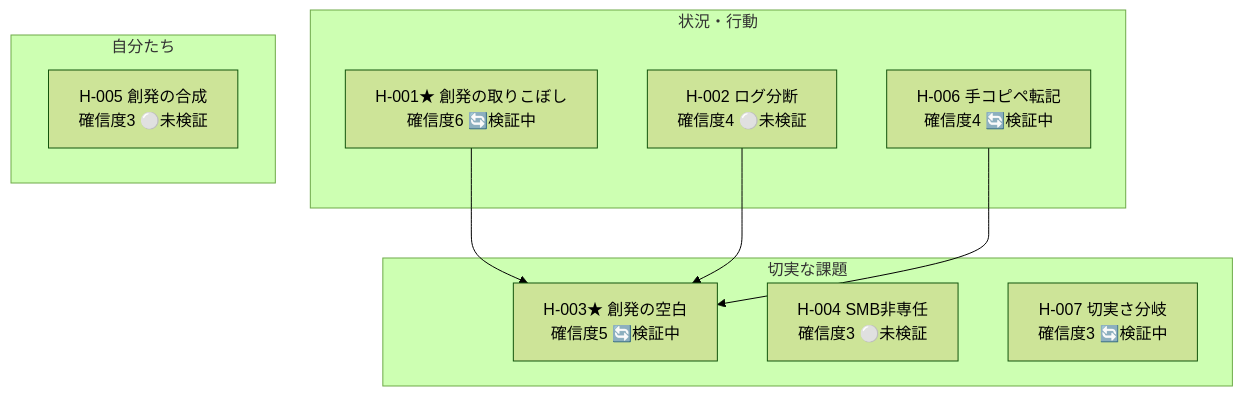
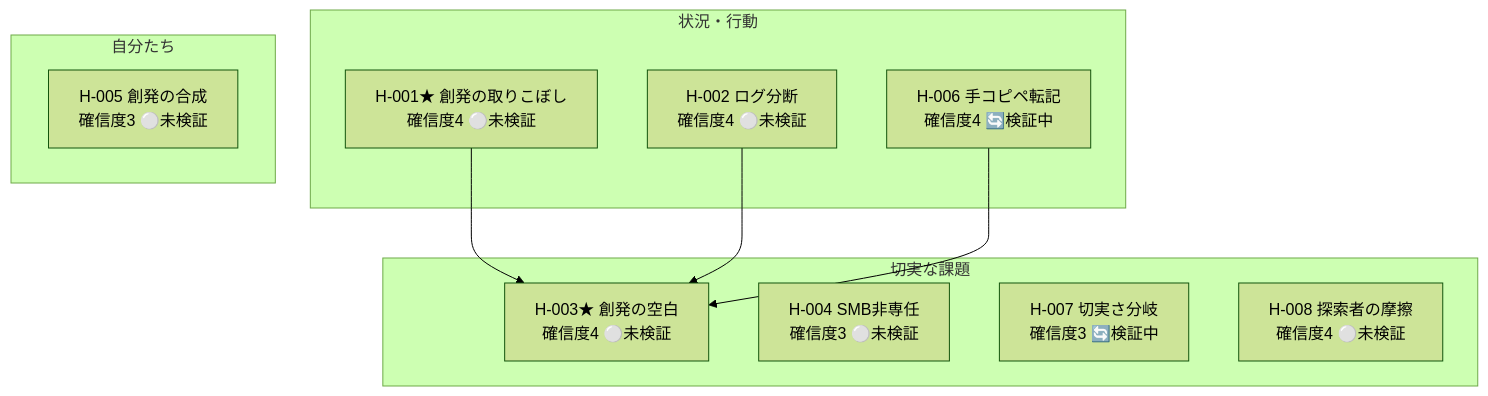
One commit to haru01/hypothesis-wiki changed the diagram in projects/agent-platform/wiki/views/hypotheses-list.md. Above: the diagram before and after it, drawn with Mermaid (forest theme). The commit also changed other lines of this file and 10 other files, not shown here.

````diff
--- a/projects/agent-platform/wiki/views/hypotheses-list.md
+++ b/projects/agent-platform/wiki/views/hypotheses-list.md
@@ -10,19 +10,20 @@
 ```mermaid
 flowchart TB
     subgraph beh["状況・行動"]
-      AGP_H_001["H-001★ 創発の取りこぼし<br/>確信度6 🔄検証中"]
+      AGP_H_001["H-001★ 創発の取りこぼし<br/>確信度4 ⚪未検証"]
       AGP_H_002["H-002 ログ分断<br/>確信度4 ⚪未検証"]
       AGP_H_006["H-006 手コピペ転記<br/>確信度4 🔄検証中"]
     end
     subgraph prob["切実な課題"]
-      AGP_H_003["H-003★ 創発の空白<br/>確信度5 🔄検証中"]
+      AGP_H_003["H-003★ 創発の空白<br/>確信度4 ⚪未検証"]
       AGP_H_004["H-004 SMB非専任<br/>確信度3 ⚪未検証"]
       AGP_H_007["H-007 切実さ分岐<br/>確信度3 🔄検証中"]
+      AGP_H_008["H-008 探索者の摩擦<br/>確信度4 ⚪未検証"]
     end
     subgraph team["自分たち"]
       AGP_H_005["H-005 創発の合成<br/>確信度3 ⚪未検証"]
     end
     AGP_H_001 --> AGP_H_003
     AGP_H_002 --> AGP_H_003
     AGP_H_006 --> AGP_H_003
 ```
````
